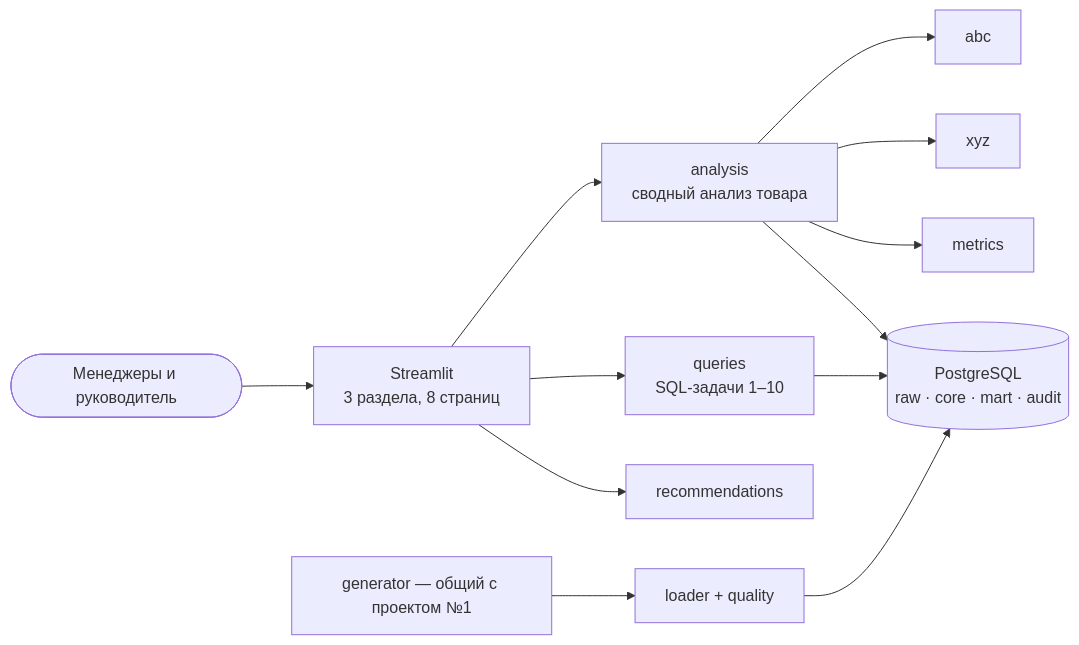
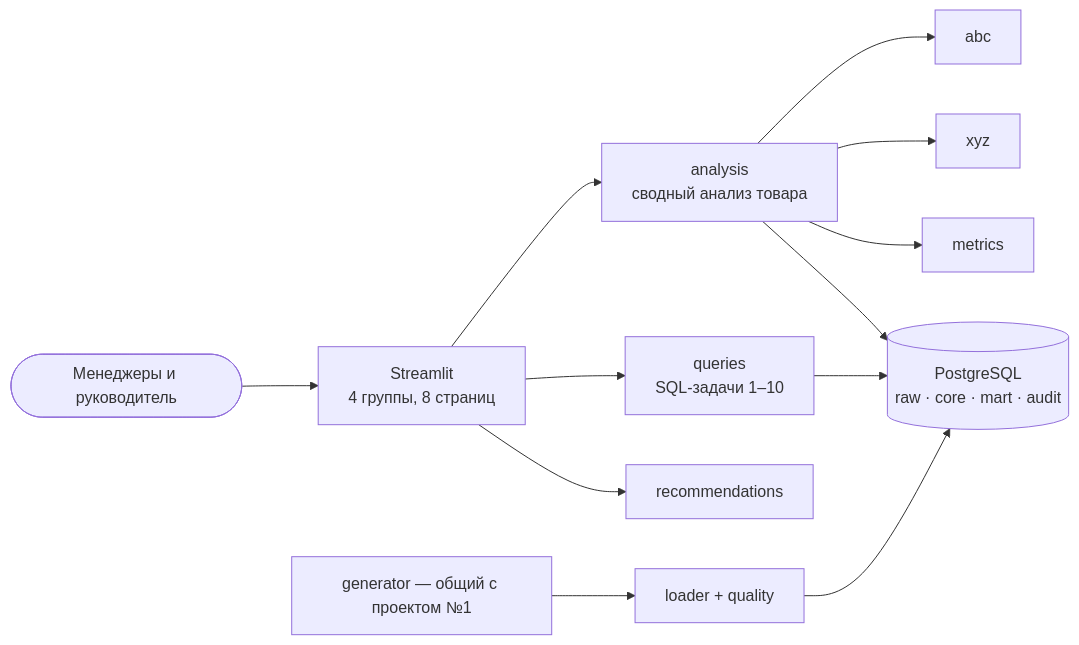
Before and after one commit to lubancho/assortment-writeoff-analytics: the diagram in README.md, drawn with Mermaid. The commit also changed other lines of this file and 31 other files, not shown here.

````diff
--- a/README.md
+++ b/README.md
@@ -47,10 +50,10 @@
 ```mermaid
 flowchart LR
-    U([Менеджеры и руководитель]) --> UI[Streamlit<br/>3 раздела, 8 страниц]
+    U([Менеджеры и руководитель]) --> UI[Streamlit<br/>4 группы, 8 страниц]
     UI --> AN[analysis<br/>сводный анализ товара]
     UI --> Q[queries<br/>SQL-задачи 1–10]
     AN --> ABC[abc] & XYZ[xyz] & M[metrics]
     UI --> R[recommendations]
     AN & Q --> DB[(PostgreSQL<br/>raw · core · mart · audit)]
     G[generator — общий с проектом №1] --> L[loader + quality] --> DB
 ```
````
